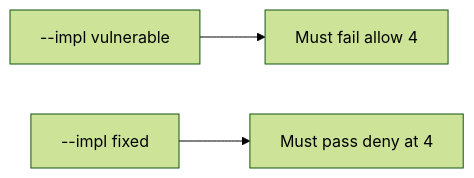
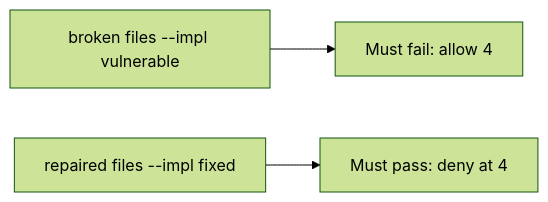
The diagram in content/modules/6/6.7/lessons/05-verify.md (ishitvagoel/LearnSecurity), drawn with Mermaid (forest theme) before and after one commit. The commit also changed other lines of this file and 55 other files, not shown here.

````diff
--- a/content/modules/6/6.7/lessons/05-verify.md
+++ b/content/modules/6/6.7/lessons/05-verify.md
@@ -15,5 +14,5 @@
 ```mermaid
 flowchart LR
-  V["--impl vulnerable"] --> F["Must fail allow 4"]
-  X["--impl fixed"] --> P["Must pass deny at 4"]
+  V["broken files --impl vulnerable"] --> F["Must fail: allow 4"]
+  X["repaired files --impl fixed"] --> P["Must pass: deny at 4"]
 ```
````
